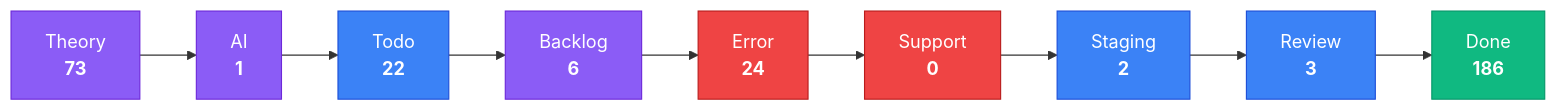
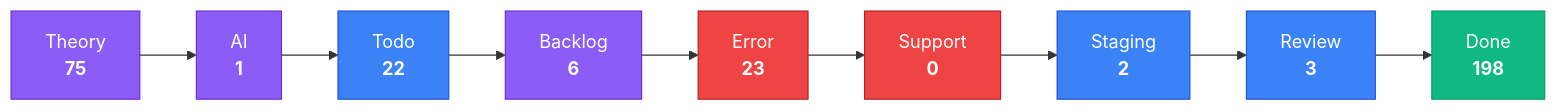
The third of 4 diagrams in apps/kbve/astro-kbve/src/content/docs/dashboard/kanban-data.mdx (KBVE/kbve), drawn with Mermaid before and after one commit. The commit also changed other lines of this file and 8 other files, not shown here.

````diff
--- a/apps/kbve/astro-kbve/src/content/docs/dashboard/kanban-data.mdx
+++ b/apps/kbve/astro-kbve/src/content/docs/dashboard/kanban-data.mdx
@@ -80,28 +80,28 @@
 ```mermaid
 flowchart LR
     classDef planning fill:#8b5cf6,stroke:#6d28d9,color:#fff
     classDef active fill:#3b82f6,stroke:#1d4ed8,color:#fff
     classDef blocked fill:#ef4444,stroke:#b91c1c,color:#fff
     classDef done fill:#10b981,stroke:#059669,color:#fff
-    Theory["Theory<br/><strong>73</strong>"]
+    Theory["Theory<br/><strong>75</strong>"]
     Theory --> AI
     AI["AI<br/><strong>1</strong>"]
     AI --> Todo
     Todo["Todo<br/><strong>22</strong>"]
     Todo --> Backlog
     Backlog["Backlog<br/><strong>6</strong>"]
     Backlog --> Error
-    Error["Error<br/><strong>24</strong>"]
+    Error["Error<br/><strong>23</strong>"]
     Error --> Support
     Support["Support<br/><strong>0</strong>"]
     Support --> Staging
     Staging["Staging<br/><strong>2</strong>"]
     Staging --> Review
     Review["Review<br/><strong>3</strong>"]
     Review --> Done
-    Done["Done<br/><strong>186</strong>"]
+    Done["Done<br/><strong>198</strong>"]
     class Theory,AI,Backlog planning
     class Todo,Staging,Review active
     class Error,Support blocked
     class Done done
 ```
````
